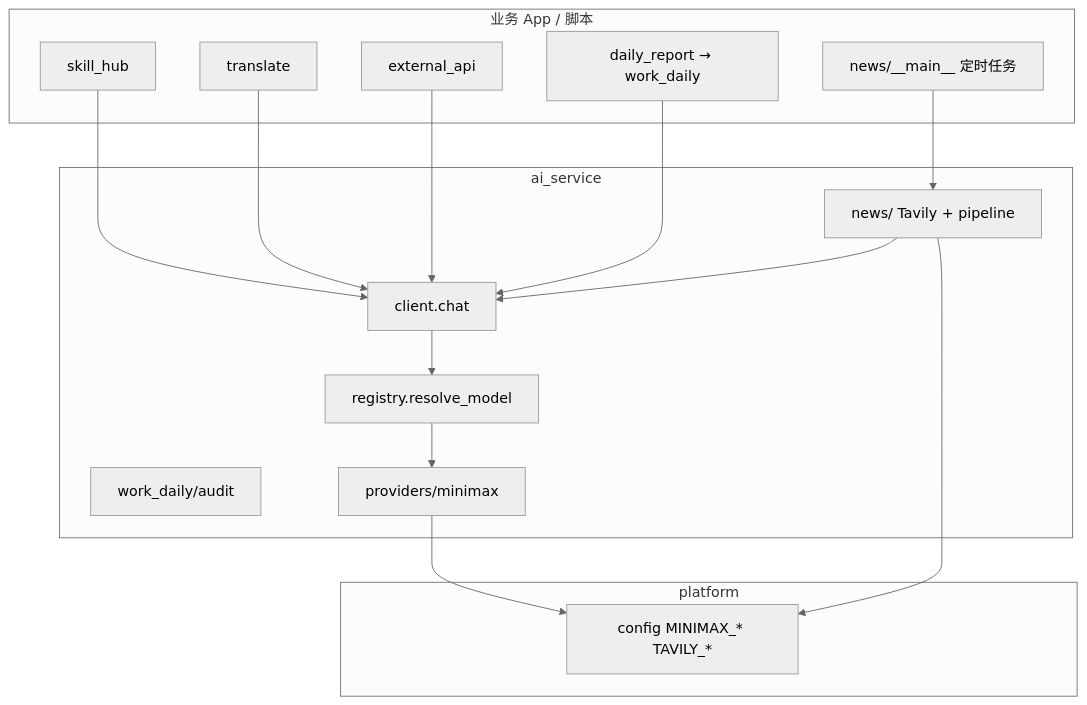
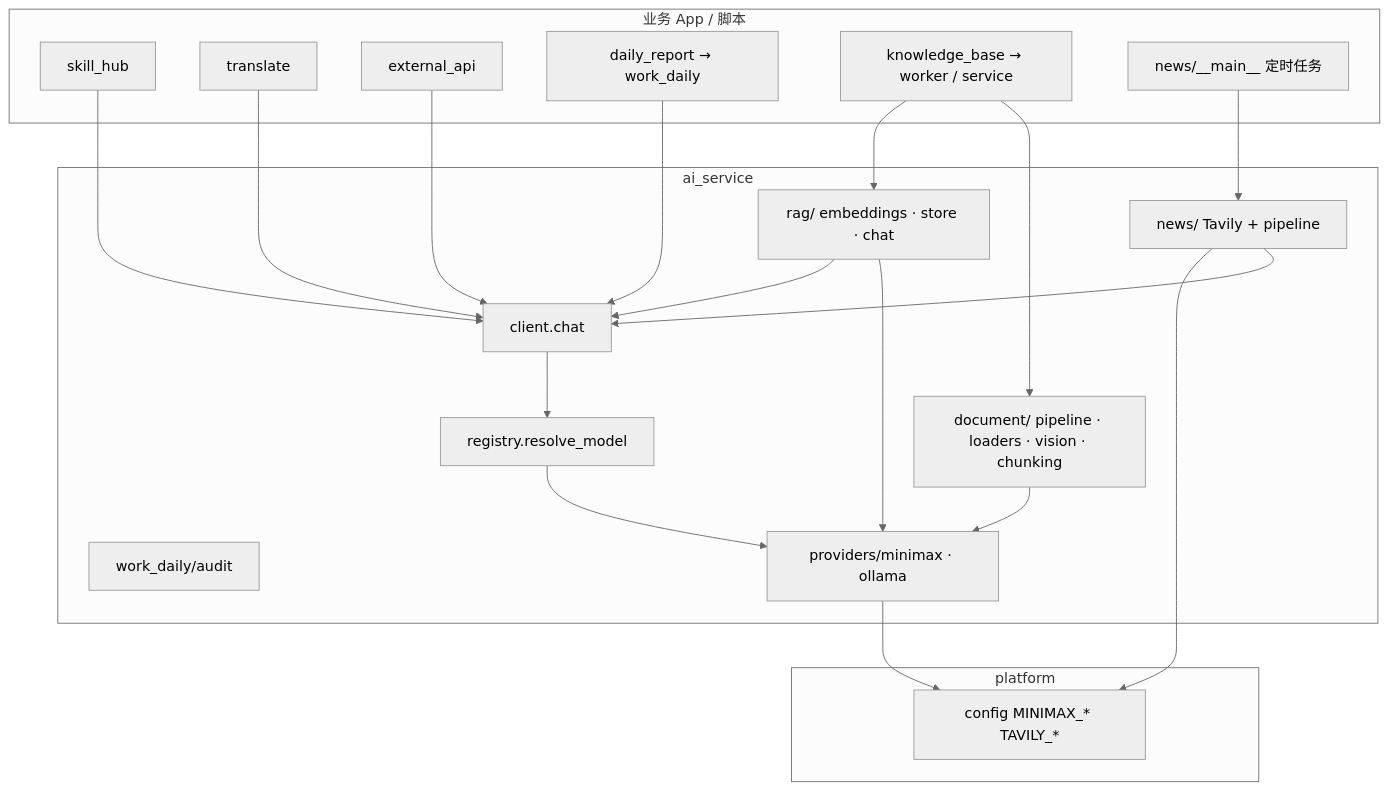
The diagram in doc/dev/modules/ai_service.md (StupidArthur/testai_community), drawn with Mermaid (neutral theme) before and after one commit. The commit also changed other lines of this file and 151 other files, not shown here.

````diff
--- a/doc/dev/modules/ai_service.md
+++ b/doc/dev/modules/ai_service.md
@@ -10,33 +10,41 @@
 ```mermaid
 flowchart TB
   subgraph Consumers["业务 App / 脚本"]
     Skill["skill_hub"]
     Trans["translate"]
     Ext["external_api"]
     Daily["daily_report → work_daily"]
+    KB["knowledge_base → worker / service"]
     Script["news/__main__ 定时任务"]
   end
 
   subgraph AIS["ai_service"]
     Client["client.chat"]
+    Doc["document/ pipeline · loaders · vision · chunking"]
+    RAG["rag/ embeddings · store · chat"]
     WorkDaily["work_daily/audit"]
     Reg["registry.resolve_model"]
-    Prov["providers/minimax"]
+    Prov["providers/minimax · ollama"]
     News["news/ Tavily + pipeline"]
   end
 
   subgraph Plat["platform"]
     CFG["config MINIMAX_* TAVILY_*"]
   end
 
   Daily --> Client
+  KB --> Doc
+  KB --> RAG
+  Doc --> Prov
+  RAG --> Prov
+  RAG --> Client
   Skill --> Client
   Trans --> Client
   Ext --> Client
   Script --> News
   News --> Client
   Client --> Reg
   Reg --> Prov
   News --> CFG
   Prov --> CFG
 ```
````
